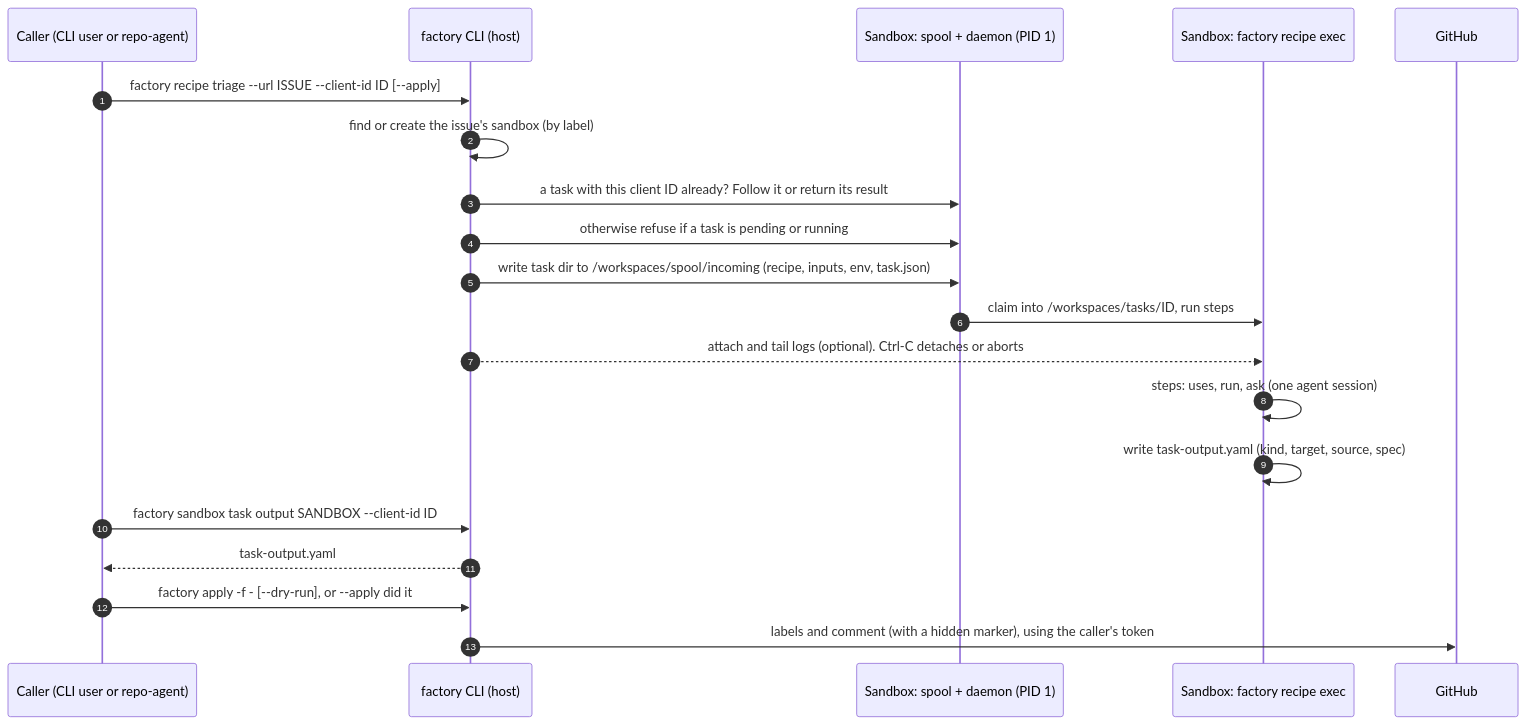
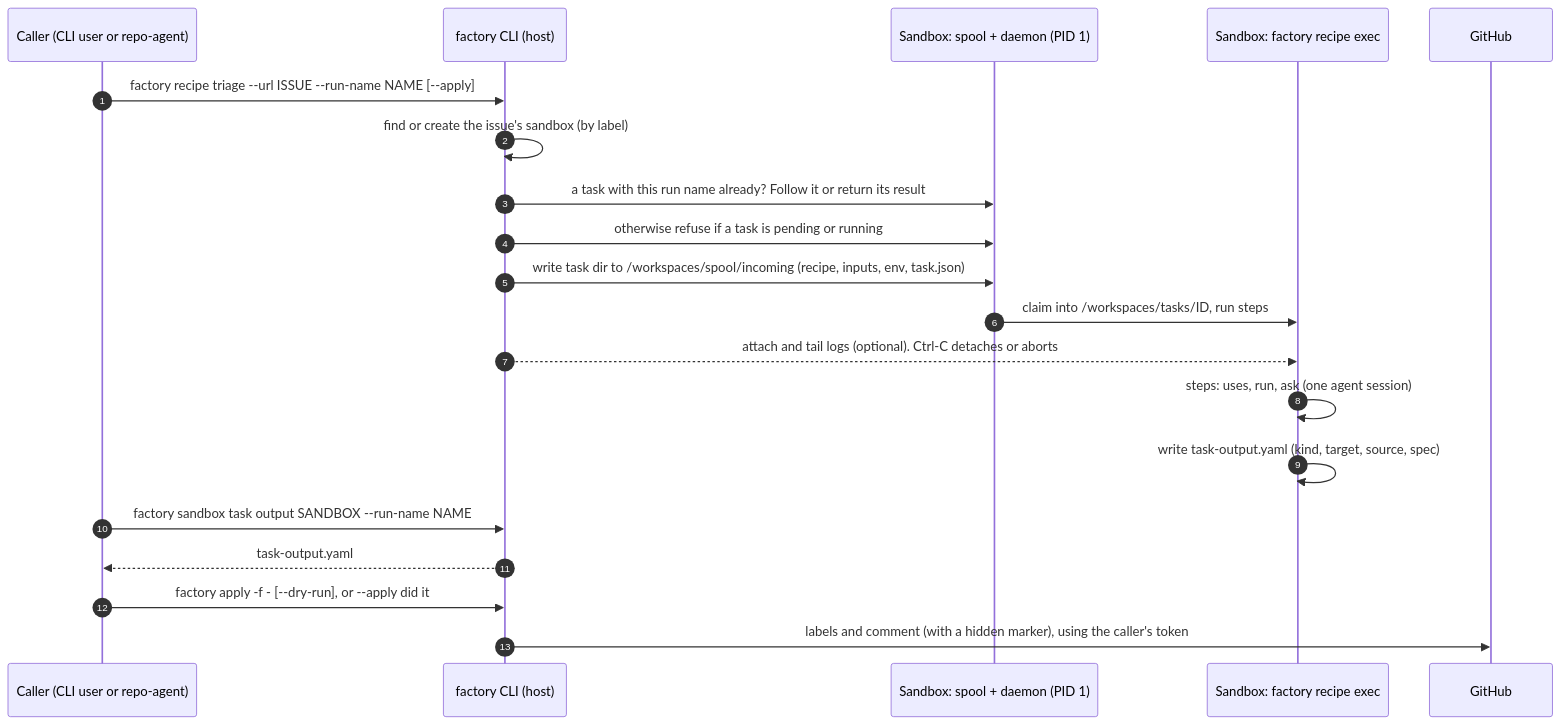
The diagram in factory/design/task-recipes-and-outputs.md (gke-labs/gemini-for-kubernetes-development), drawn with Mermaid before and after one commit. The commit also changed other lines of this file and 11 other files, not shown here.

First line of the commit message:
factory: rename --client-id to --run-name

````diff
--- a/factory/design/task-recipes-and-outputs.md
+++ b/factory/design/task-recipes-and-outputs.md
@@ -23,23 +23,23 @@
 ```mermaid
 sequenceDiagram
     autonumber
     participant Caller as Caller (CLI user or repo-agent)
     participant CLI as factory CLI (host)
     participant Spool as Sandbox: spool + daemon (PID 1)
     participant Task as Sandbox: factory recipe exec
     participant GH as GitHub
 
-    Caller->>CLI: factory recipe triage --url ISSUE --client-id ID [--apply]
+    Caller->>CLI: factory recipe triage --url ISSUE --run-name NAME [--apply]
     CLI->>CLI: find or create the issue's sandbox (by label)
-    CLI->>Spool: a task with this client ID already? Follow it or return its result
+    CLI->>Spool: a task with this run name already? Follow it or return its result
     CLI->>Spool: otherwise refuse if a task is pending or running
     CLI->>Spool: write task dir to /workspaces/spool/incoming (recipe, inputs, env, task.json)
     Spool->>Task: claim into /workspaces/tasks/ID, run steps
     CLI-->>Task: attach and tail logs (optional). Ctrl-C detaches or aborts
     Task->>Task: steps: uses, run, ask (one agent session)
     Task->>Task: write task-output.yaml (kind, target, source, spec)
-    Caller->>CLI: factory sandbox task output SANDBOX --client-id ID
+    Caller->>CLI: factory sandbox task output SANDBOX --run-name NAME
     CLI-->>Caller: task-output.yaml
     Caller->>CLI: factory apply -f - [--dry-run], or --apply did it
     CLI->>GH: labels and comment (with a hidden marker), using the caller's token
 ```
````
